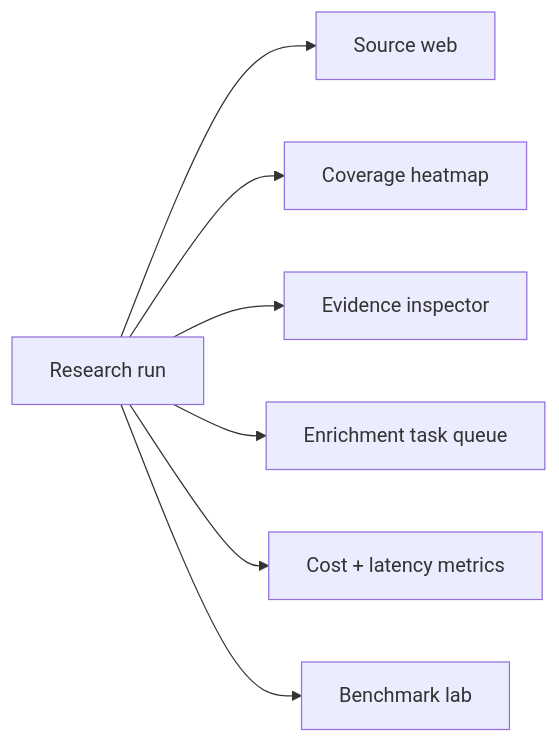
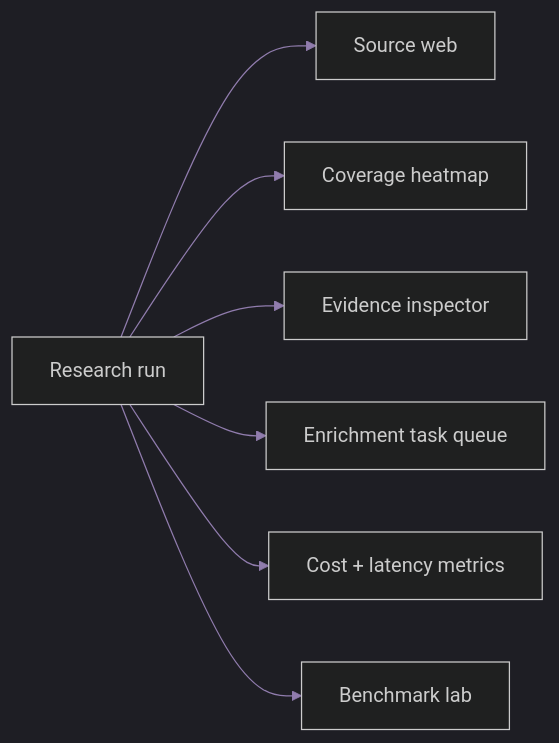
One commit to yunussfr/Knowledge_Extraction_Platform changed the third of 4 diagrams in README.md. Above: the diagram before and after it, drawn with Mermaid. The commit also changed other lines of this file and 6 other files, not shown here.

Commit message:
Type Groq response formats and refresh architecture documentation

````diff
--- a/README.md
+++ b/README.md
@@ -124,9 +184,10 @@
 ```mermaid
+%%{init: {"theme":"dark","themeVariables":{"background":"#050608","primaryColor":"#171022","primaryTextColor":"#f5ead6","primaryBorderColor":"#a78bfa","lineColor":"#907cad","secondaryColor":"#071f21","tertiaryColor":"#2a0d16"}}}%%
 flowchart LR
     R[Research run] --> G[Source web]
     R --> C[Coverage heatmap]
     R --> E[Evidence inspector]
     R --> T[Enrichment task queue]
     R --> M[Cost + latency metrics]
     R --> B[Benchmark lab]
 ```
````
